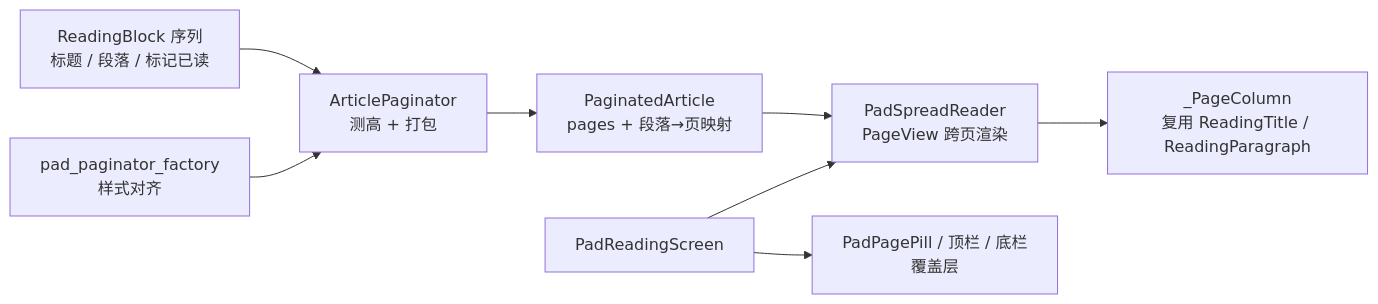
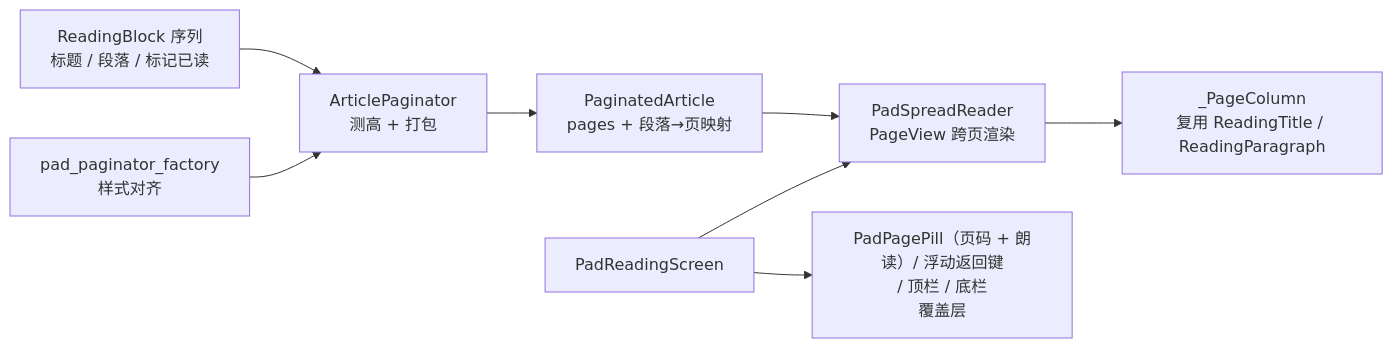
The second of 6 diagrams in impl/app/flutter/docs/reading-spread.md (kindywu/contexta), drawn with Mermaid before and after one commit. The commit also changed other lines of this file and 16 other files, not shown here.

````diff
--- a/impl/app/flutter/docs/reading-spread.md
+++ b/impl/app/flutter/docs/reading-spread.md
@@ -118,10 +124,10 @@
 ```mermaid
 flowchart LR
     A["ReadingBlock 序列<br/>标题 / 段落 / 标记已读"] --> B["ArticlePaginator<br/>测高 + 打包"]
     B --> C["PaginatedArticle<br/>pages + 段落→页映射"]
     C --> D["PadSpreadReader<br/>PageView 跨页渲染"]
     D --> E["_PageColumn<br/>复用 ReadingTitle / ReadingParagraph"]
     F["PadReadingScreen"] --> D
-    F --> G["PadPagePill / 顶栏 / 底栏<br/>覆盖层"]
+    F --> G["PadPagePill（页码 + 朗读）/ 浮动返回键<br/>/ 顶栏 / 底栏<br/>覆盖层"]
     H["pad_paginator_factory<br/>样式对齐"] --> B
 ```
````
